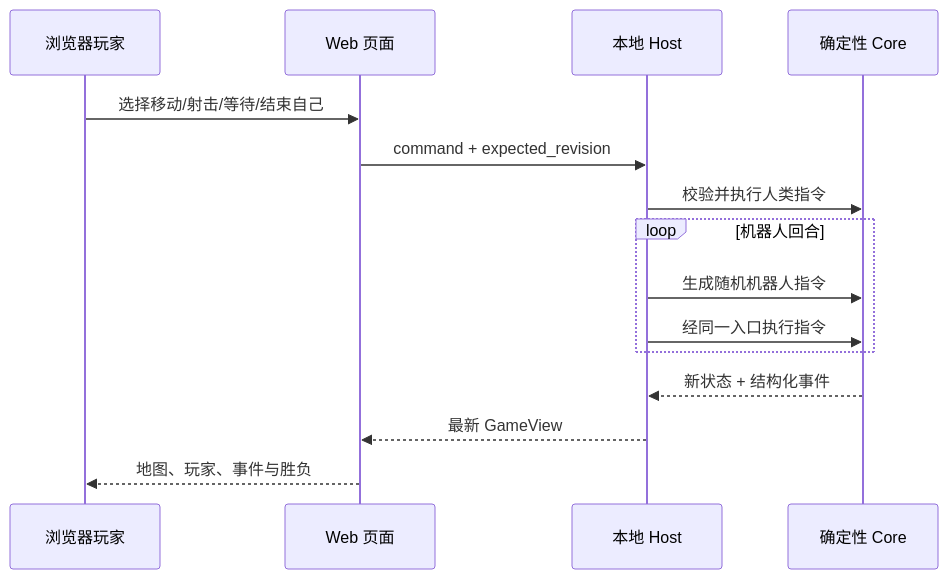
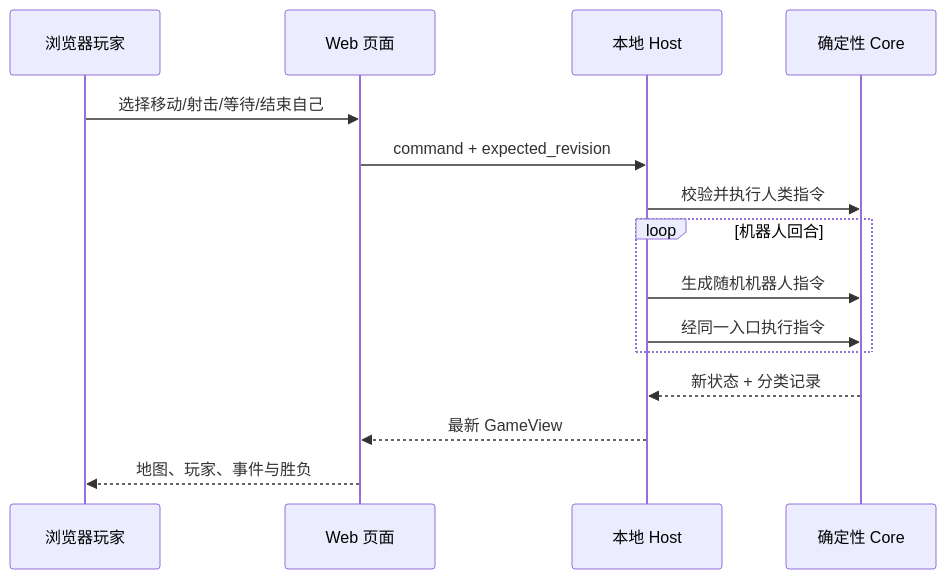
Before and after one commit to AKIMOTOkaya/russia_roulette: the diagram in docs/rules/local-web-mvp-rules.md, drawn with Mermaid. The commit also changed other lines of this file and 12 other files, not shown here.

````diff
--- a/docs/rules/local-web-mvp-rules.md
+++ b/docs/rules/local-web-mvp-rules.md
@@ -62,18 +62,18 @@
 ```mermaid
 sequenceDiagram
     participant Human as 浏览器玩家
     participant Web as Web 页面
     participant Host as 本地 Host
     participant Core as 确定性 Core
 
     Human->>Web: 选择移动/射击/等待/结束自己
     Web->>Host: command + expected_revision
     Host->>Core: 校验并执行人类指令
     loop 机器人回合
         Host->>Core: 生成随机机器人指令
         Host->>Core: 经同一入口执行指令
     end
-    Core-->>Host: 新状态 + 结构化事件
+    Core-->>Host: 新状态 + 分类记录
     Host-->>Web: 最新 GameView
     Web-->>Human: 地图、玩家、事件与胜负
 ```
````
